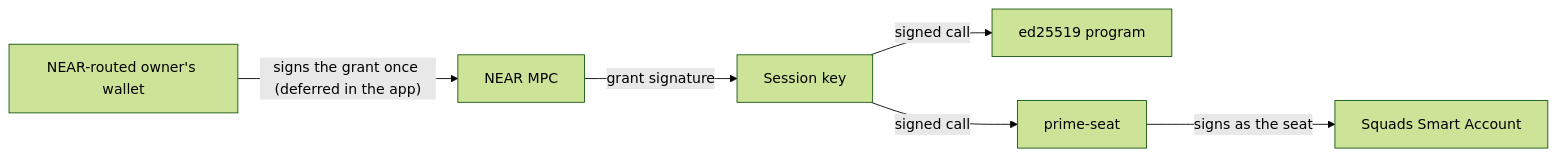
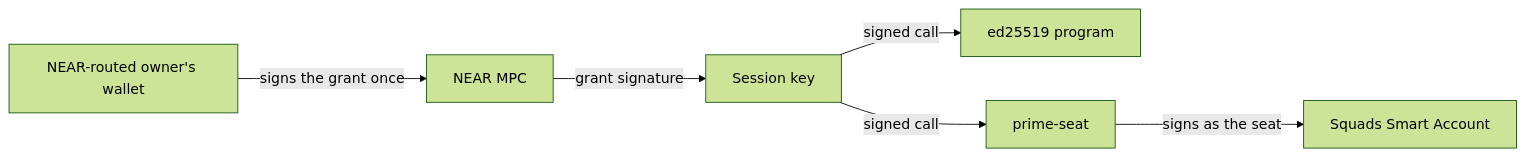
The first of 12 diagrams in contracts/solana/README-architecture.md (untangledfinance/oz-policy-builder), drawn with Mermaid (forest theme) before and after one commit. The commit also changed other lines of this file and 12 other files, not shown here.

````diff
--- a/contracts/solana/README-architecture.md
+++ b/contracts/solana/README-architecture.md
@@ -60,14 +62,14 @@
 ```mermaid
 flowchart LR
   W[NEAR-routed owner's wallet]
   N[NEAR MPC]
   K[Session key]
   E[ed25519 program]
   P[prime-seat]
   S[Squads Smart Account]
-  W -- "signs the grant once (deferred in the app)" --> N
+  W -- "signs the grant once" --> N
   N -- "grant signature" --> K
   K -- "signed call" --> E
   K -- "signed call" --> P
   P -- "signs as the seat" --> S
 ```
````
